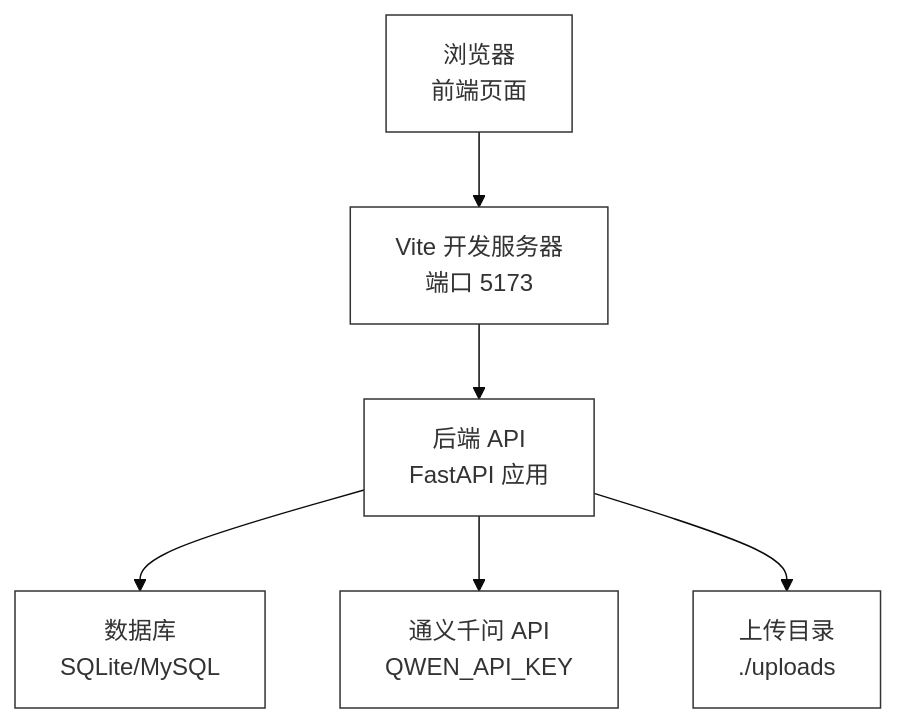
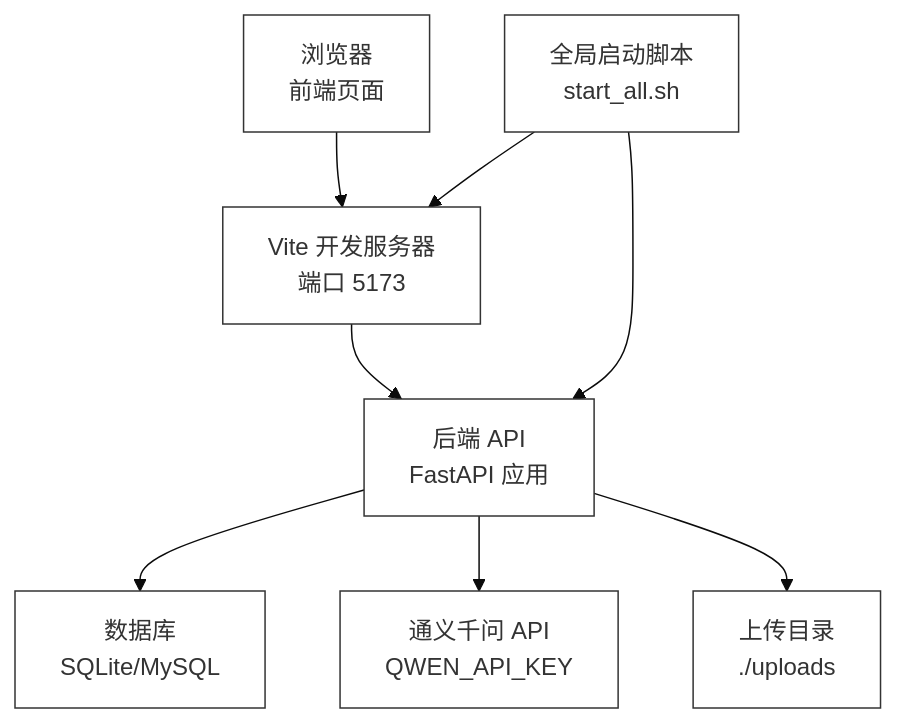
One commit to zhiwenli-jack/personal-learning-manager changed the second of 9 diagrams in .qoder/repowiki/zh/content/快速开始.md. Above: the diagram before and after it, drawn with Mermaid (base theme). The commit also changed other lines of this file and 15 other files, not shown here.

````diff
--- a/.qoder/repowiki/zh/content/快速开始.md
+++ b/.qoder/repowiki/zh/content/快速开始.md
@@ -136,14 +156,17 @@
 ```mermaid
 graph TB
 FE["浏览器<br/>前端页面"] --> VP["Vite 开发服务器<br/>端口 5173"]
 VP --> AP["后端 API<br/>FastAPI 应用"]
 AP --> DB["数据库<br/>SQLite/MySQL"]
 AP --> QW["通义千问 API<br/>QWEN_API_KEY"]
 AP --> UP["上传目录<br/>./uploads"]
+SA["全局启动脚本<br/>start_all.sh"] --> VP
+SA --> AP
 style FE fill:#fff,stroke:#333
 style VP fill:#fff,stroke:#333
 style AP fill:#fff,stroke:#333
 style DB fill:#fff,stroke:#333
 style QW fill:#fff,stroke:#333
 style UP fill:#fff,stroke:#333
+style SA fill:#fff,stroke:#333
 ```
````
